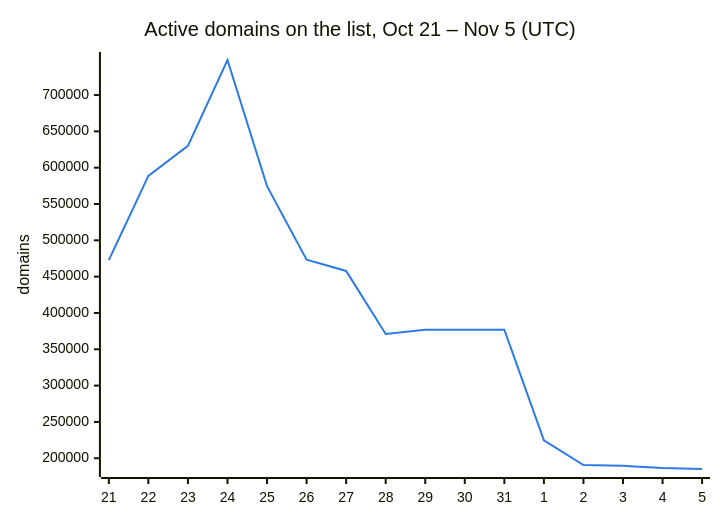
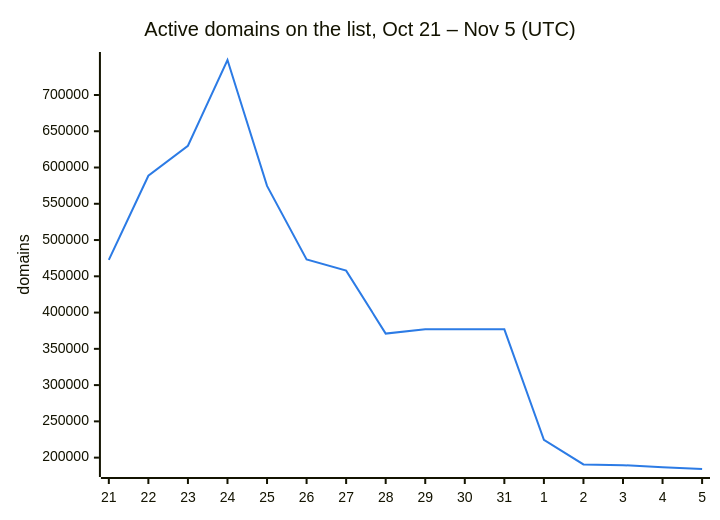
One commit to DNSBunker/CTI changed the second of 3 diagrams in README.md. Above: the diagram before and after it, drawn with Mermaid. The commit also changed other lines of this file and 3 other files, not shown here.

````diff
--- a/README.md
+++ b/README.md
@@ -38,8 +38,8 @@
 ```mermaid
 %%{init: {"themeVariables": {"xyChart": {"plotColorPalette": "#2c7be5"}}}}%%
 xychart-beta
     title "Active domains on the list, Oct 21 – Nov 5 (UTC)"
     x-axis ["21", "22", "23", "24", "25", "26", "27", "28", "29", "30", "31", "1", "2", "3", "4", "5"]
     y-axis "domains"
-    line [472713, 588659, 629951, 748222, 574614, 473331, 457795, 371010, 376945, 376945, 376945, 224607, 190603, 189609, 186630, 185206]
+    line [472713, 588659, 629951, 748222, 574614, 473331, 457795, 371010, 376945, 376945, 376945, 224607, 190603, 189609, 186630, 184330]
 ```
````
